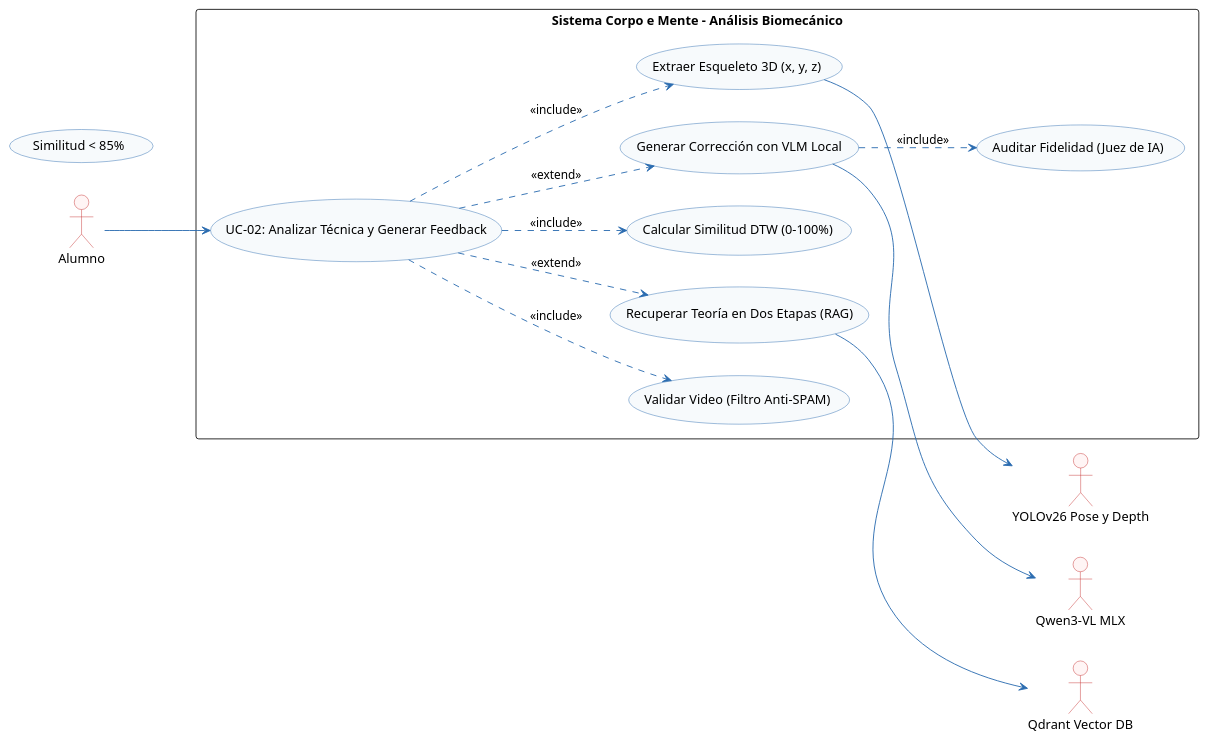
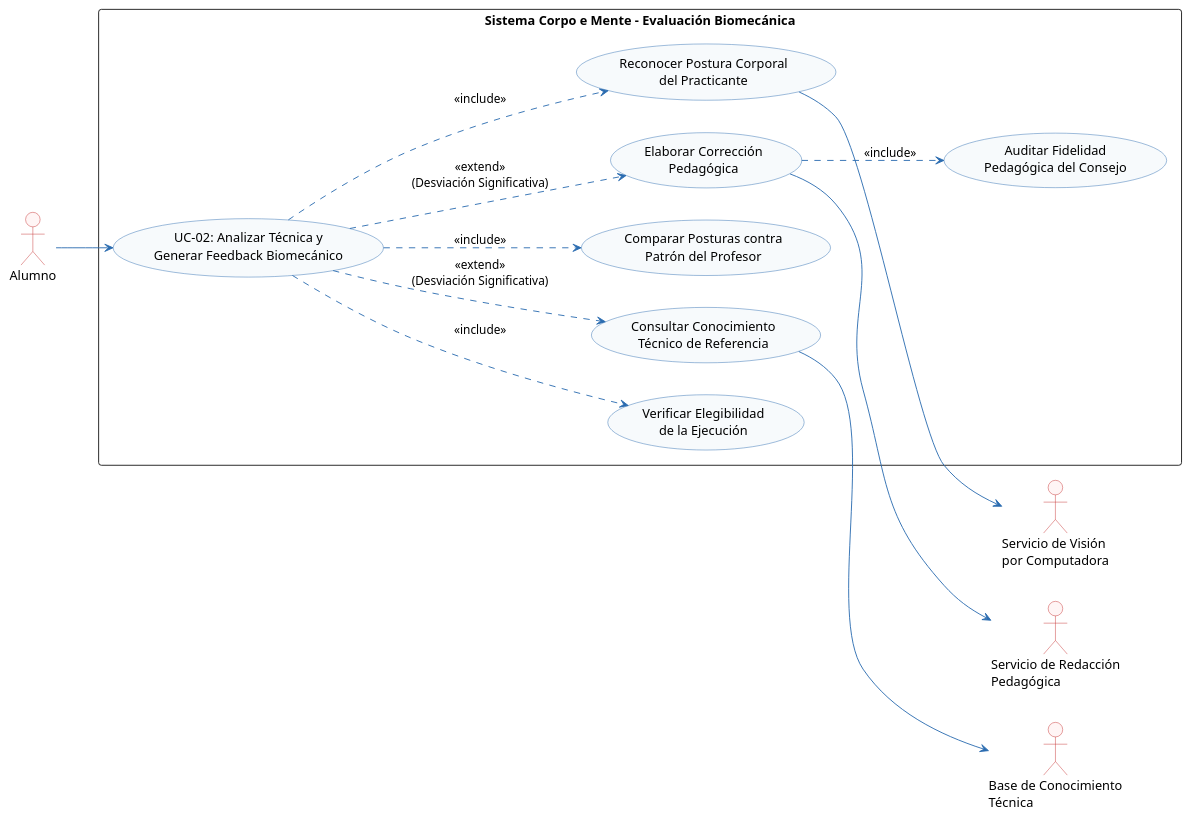
Before and after one commit to Tsmrain/JiuJitsu: the sixth of 37 diagrams in docs/ProyectoGrado.md, drawn with PlantUML. The commit also changed other lines of this file and 17 other files, not shown here.

````diff
--- a/docs/ProyectoGrado.md
+++ b/docs/ProyectoGrado.md
@@ -1398,53 +1381,47 @@
 ```plantuml
 @startuml
 left to right direction
-
 skinparam shadowing false
 skinparam monochrome false
 skinparam defaultFontName Arial
 skinparam roundcorner 6
 skinparam ArrowColor #2B6CB0
 skinparam ActorBorderColor #C53030
 skinparam ActorBackgroundColor #FFF5F5
 skinparam BoundaryBorderColor #2B6CB0
 skinparam BoundaryBackgroundColor #EBF8FF
 skinparam ControlBorderColor #2F855A
 skinparam ControlBackgroundColor #F0FFF4
 skinparam EntityBorderColor #D69E2E
 skinparam EntityBackgroundColor #FFFFF0
-skinparam DatabaseBorderColor #4A5568
-skinparam DatabaseBackgroundColor #EDF2F7
 skinparam UsecaseBorderColor #2B6CB0
 skinparam UsecaseBackgroundColor #F7FAFC
 
+actor "Alumno" as AL
+actor "Servicio de Visión\npor Computadora" as SVC
+actor "Base de Conocimiento\nTécnica" as BCT
+actor "Servicio de Redacción\nPedagógica" as SRP
 
-actor "Alumno" as AL
-actor "YOLOv26 Pose y Depth" as YOLO
-actor "Qdrant Vector DB" as QDRANT
-actor "Qwen3-VL MLX" as QWEN
-
-rectangle "Sistema Corpo e Mente - Análisis Biomecánico" {
-    usecase "UC-02: Analizar Técnica y Generar Feedback" as UC02
-    usecase "Validar Video (Filtro Anti-SPAM)" as UC02_Spam
-    usecase "Extraer Esqueleto 3D (x, y, z)" as UC02_Pose
-    usecase "Calcular Similitud DTW (0-100%)" as UC02_DTW
-    usecase "Recuperar Teoría en Dos Etapas (RAG)" as UC02_RAG
-    usecase "Generar Corrección con VLM Local" as UC02_VLM
-    usecase "Auditar Fidelidad (Juez de IA)" as UC02_Judge
+rectangle "Sistema Corpo e Mente - Evaluación Biomecánica" {
+    usecase "UC-02: Analizar Técnica y\nGenerar Feedback Biomecánico" as UC02
+    usecase "Verificar Elegibilidad\nde la Ejecución" as UC02_Elig
+    usecase "Reconocer Postura Corporal\ndel Practicante" as UC02_Post
+    usecase "Comparar Posturas contra\nPatrón del Profesor" as UC02_Comp
+    usecase "Consultar Conocimiento\nTécnico de Referencia" as UC02_Con
+    usecase "Elaborar Corrección\nPedagógica" as UC02_Corr
+    usecase "Auditar Fidelidad\nPedagógica del Consejo" as UC02_Aud
 }
 
 AL --> UC02
-UC02 ..> UC02_Spam : <<include>>
-UC02 ..> UC02_Pose : <<include>>
-UC02 ..> UC02_DTW : <<include>>
-UC02 ..> UC02_RAG : <<extend>>
-(Similitud < 85%)
-UC02 ..> UC02_VLM : <<extend>>
-(Similitud < 85%)
-UC02_VLM ..> UC02_Judge : <<include>>
+UC02 ..> UC02_Elig : <<include>>
+UC02 ..> UC02_Post : <<include>>
+UC02 ..> UC02_Comp : <<include>>
+UC02 ..> UC02_Con : <<extend>>\n(Desviación Significativa)
+UC02 ..> UC02_Corr : <<extend>>\n(Desviación Significativa)
+UC02_Corr ..> UC02_Aud : <<include>>
 
-UC02_Pose --> YOLO
-UC02_RAG --> QDRANT
-UC02_VLM --> QWEN
+UC02_Post --> SVC
+UC02_Con --> BCT
+UC02_Corr --> SRP
 @enduml
 ```
````
